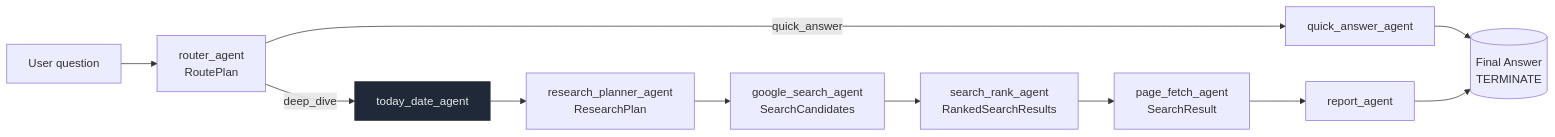
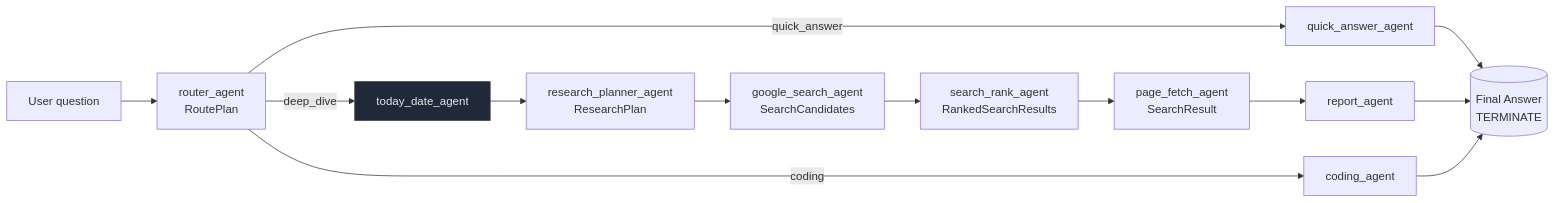
One commit to stkao05/line-ai changed the diagram in README.md. Above: the diagram before and after it, drawn with Mermaid. The commit also changed other lines of this file, not shown here.

````diff
--- a/README.md
+++ b/README.md
@@ -83,18 +66,21 @@
 ```mermaid
 flowchart LR
     U[User question] --> R[router_agent\nRoutePlan]
 
     R -- quick_answer --> QA[quick_answer_agent]
     QA --> A[(Final Answer\nTERMINATE)]
 
     R -- deep_dive --> TD[today_date_agent]
     TD --> RP[research_planner_agent\nResearchPlan]
     RP --> GS[google_search_agent\nSearchCandidates]
     GS --> SR[search_rank_agent\nRankedSearchResults]
     SR --> PF[page_fetch_agent\nSearchResult]
     PF --> RE[report_agent]
     RE --> A
 
+    R -- coding --> CD[coding_agent]
+    CD --> A
+
     class TD side;
     classDef side fill:#1f2937,stroke:#3f3f46,color:#e5e7eb;
 ```
````
